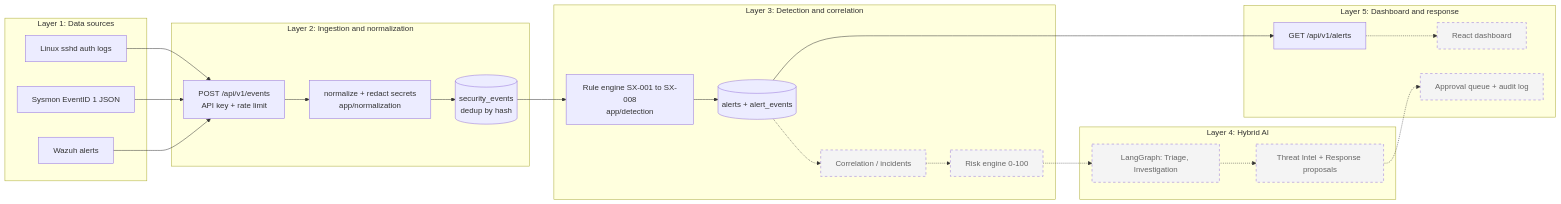
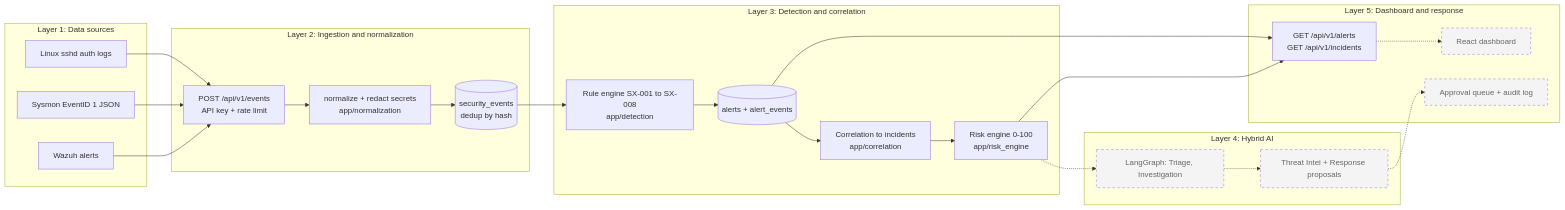
Before and after one commit to duynhat326/SentinelX-Hybrid-AI-powered-Security-Operations-Platform: the first of 2 diagrams in docs/architecture.md, drawn with Mermaid. The commit also changed other lines of this file and 21 other files, not shown here.

First line of the commit message:
feat: correlate alerts into incidents with a deterministic 0-100 risk score

````diff
--- a/docs/architecture.md
+++ b/docs/architecture.md
@@ -5,36 +5,37 @@
 ```mermaid
 flowchart LR
     subgraph L1[Layer 1: Data sources]
         A1[Linux sshd auth logs]
         A2[Sysmon EventID 1 JSON]
         A3[Wazuh alerts]
     end
     subgraph L2[Layer 2: Ingestion and normalization]
         B1[POST /api/v1/events<br/>API key + rate limit]
         B2[normalize + redact secrets<br/>app/normalization]
         B3[(security_events<br/>dedup by hash)]
     end
     subgraph L3[Layer 3: Detection and correlation]
         C1[Rule engine SX-001 to SX-008<br/>app/detection]
         C2[(alerts + alert_events)]
-        C3[Correlation / incidents]:::planned
-        C4[Risk engine 0-100]:::planned
+        C3[Correlation to incidents<br/>app/correlation]
+        C4[Risk engine 0-100<br/>app/risk_engine]
     end
     subgraph L4[Layer 4: Hybrid AI]
         D1[LangGraph: Triage, Investigation]:::planned
         D2[Threat Intel + Response proposals]:::planned
     end
     subgraph L5[Layer 5: Dashboard and response]
-        E1[GET /api/v1/alerts]
+        E1[GET /api/v1/alerts<br/>GET /api/v1/incidents]
         E2[React dashboard]:::planned
         E3[Approval queue + audit log]:::planned
     end
     A1 --> B1
     A2 --> B1
     A3 --> B1
     B1 --> B2 --> B3 --> C1 --> C2
     C2 --> E1
-    C2 -.-> C3 -.-> C4 -.-> D1 -.-> D2 -.-> E3
+    C2 --> C3 --> C4 --> E1
+    C4 -.-> D1 -.-> D2 -.-> E3
     E1 -.-> E2
     classDef planned stroke-dasharray: 5 5,fill:#f4f4f4,color:#666
 ```
````
